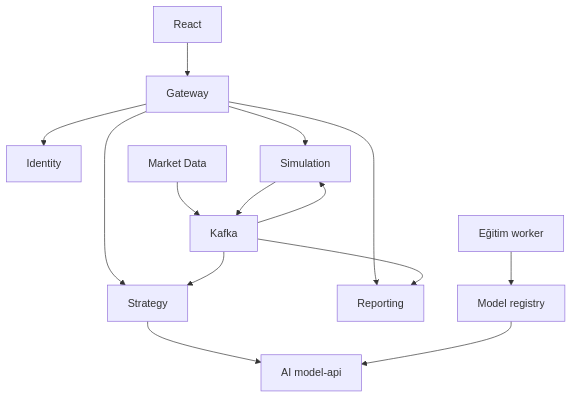
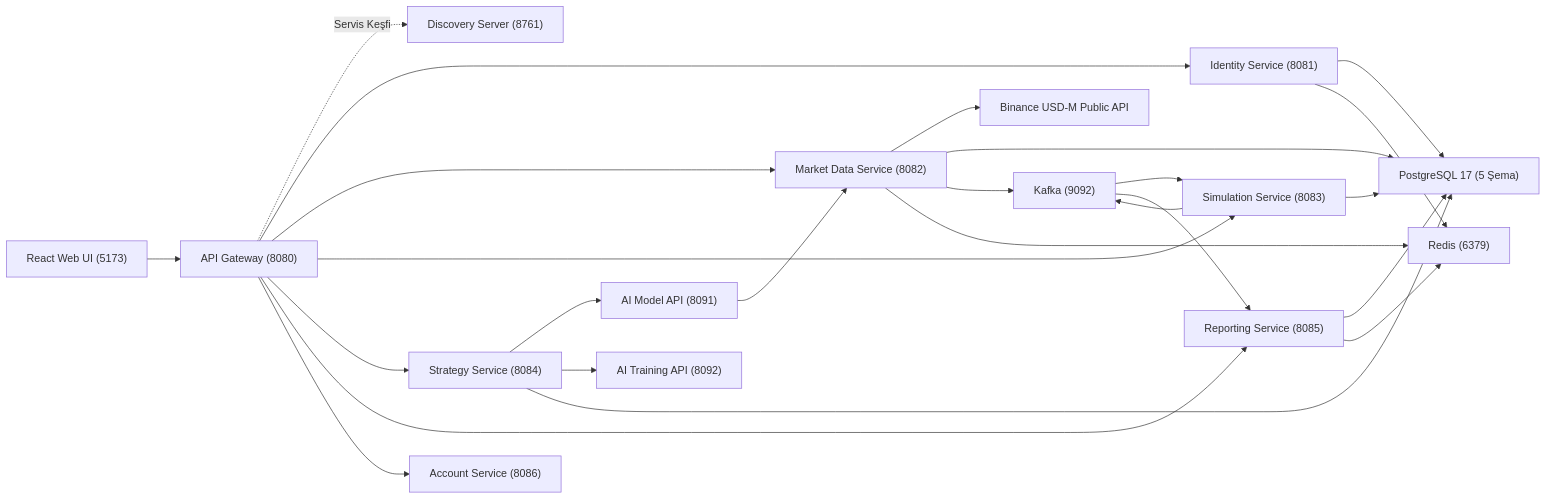
One commit to Firatasi/CryptoLab changed the diagram in README.md. Above: the diagram before and after it, drawn with Mermaid. The commit also changed other lines of this file and 3 other files, not shown here.

````diff
--- a/README.md
+++ b/README.md
@@ -61,16 +70,32 @@
 ```mermaid
-flowchart TD
-  U["React"] --> G["Gateway"]
-  G --> I["Identity"]
-  G --> S["Strategy"]
-  G --> E["Simulation"]
-  G --> R["Reporting"]
-  S --> A["AI model-api"]
-  M["Market Data"] --> K["Kafka"]
-  K --> E
-  K --> S
-  E --> K
-  K --> R
-  T["Eğitim worker"] --> V["Model registry"]
-  V --> A
+flowchart LR
+  UI["React Web UI (5173)"] --> GW["API Gateway (8080)"]
+  GW -. "Servis Keşfi" .-> EUR["Discovery Server (8761)"]
+
+  GW --> ID["Identity Service (8081)"]
+  GW --> MKT["Market Data Service (8082)"]
+  GW --> SIM["Simulation Service (8083)"]
+  GW --> STR["Strategy Service (8084)"]
+  GW --> REP["Reporting Service (8085)"]
+  GW --> ACC["Account Service (8086)"]
+
+  MKT --> BIN["Binance USD-M Public API"]
+  STR --> AI1["AI Model API (8091)"]
+  STR --> AI2["AI Training API (8092)"]
+  AI1 --> MKT
+
+  ID --> PG["PostgreSQL 17 (5 Şema)"]
+  MKT --> PG
+  SIM --> PG
+  STR --> PG
+  REP --> PG
+
+  MKT --> KFK["Kafka (9092)"]
+  KFK --> SIM
+  SIM --> KFK
+  KFK --> REP
+
+  ID --> RDS["Redis (6379)"]
+  MKT --> RDS
+  REP --> RDS
 ```
````
